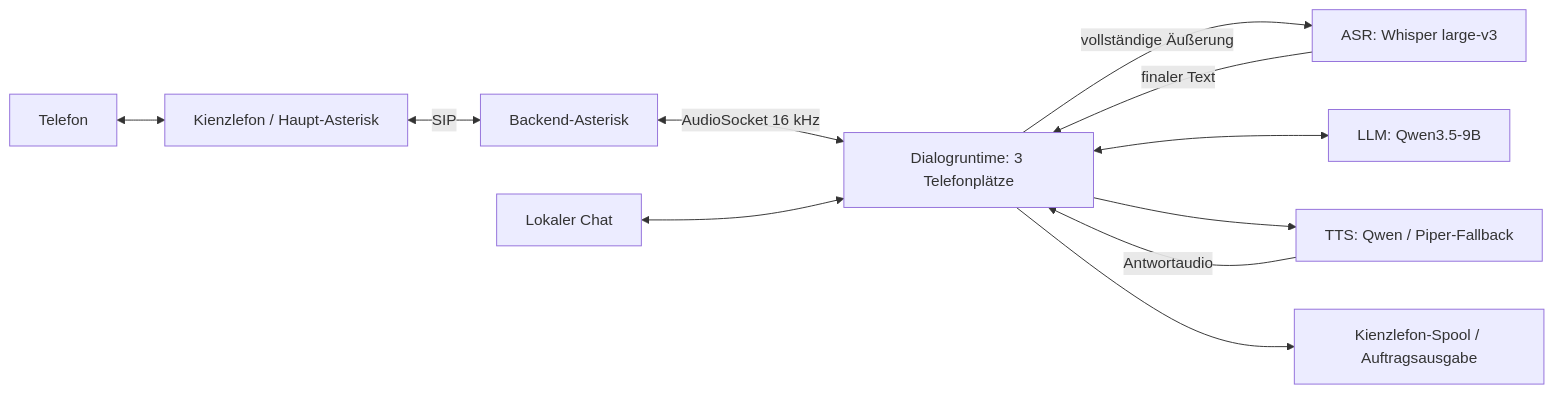
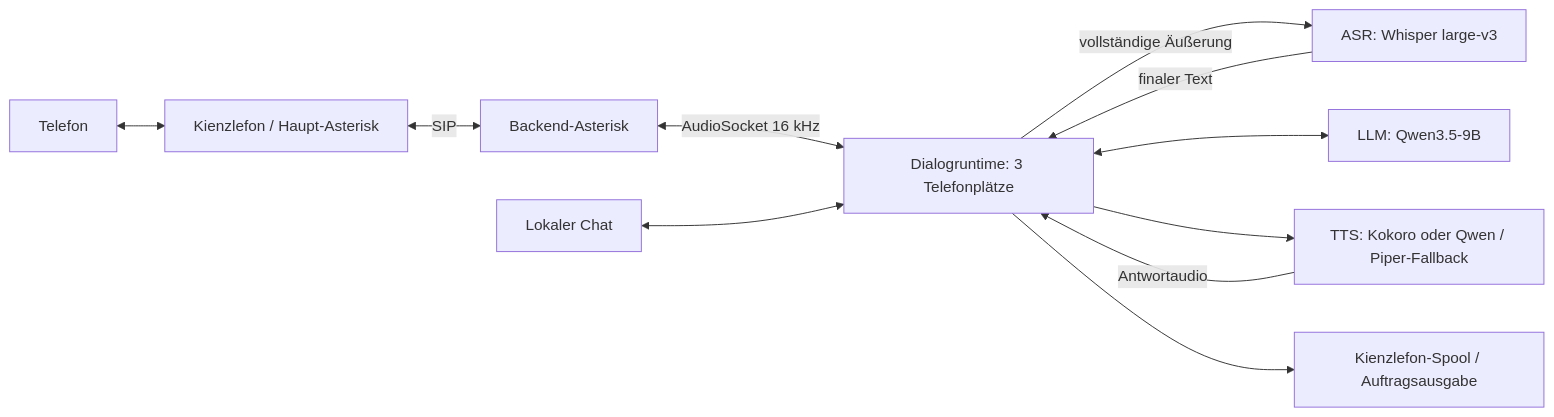
One commit to thomaskien/kienzlefon-ai changed the diagram in README.md. Above: the diagram before and after it, drawn with Mermaid. The commit also changed other lines of this file and 24 other files, not shown here.

````diff
--- a/README.md
+++ b/README.md
@@ -99,13 +101,13 @@
 ```mermaid
 flowchart LR
     P[Telefon] <--> M[Kienzlefon / Haupt-Asterisk]
     M <-->|SIP| A[Backend-Asterisk]
     A <-->|AudioSocket 16 kHz| D[Dialogruntime: 3 Telefonplätze]
     D -->|vollständige Äußerung| S[ASR: Whisper large-v3]
     S -->|finaler Text| D
     D <--> L[LLM: Qwen3.5-9B]
-    D --> T[TTS: Qwen / Piper-Fallback]
+    D --> T[TTS: Kokoro oder Qwen / Piper-Fallback]
     T -->|Antwortaudio| D
     C[Lokaler Chat] <--> D
     D --> O[Kienzlefon-Spool / Auftragsausgabe]
 ```
````
